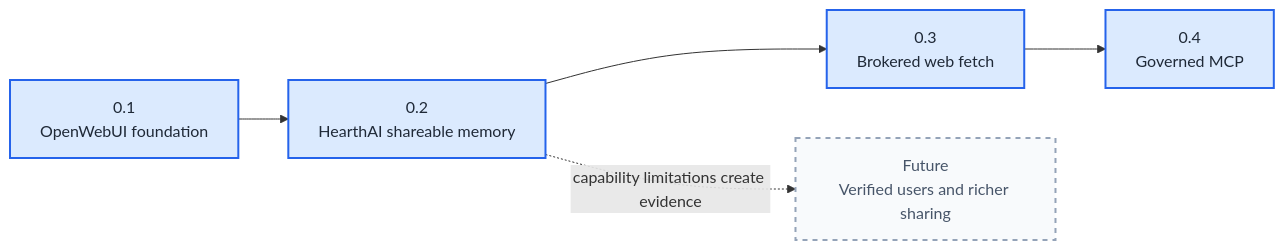
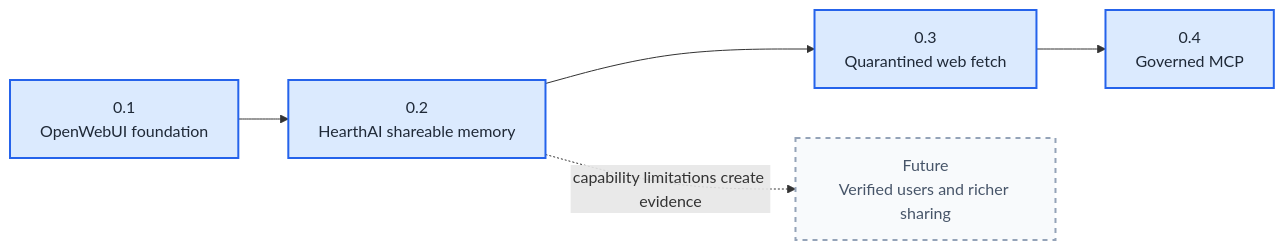
The second of 6 diagrams in docs/ARCHITECTURE.md (jokajak/hearthai), drawn with Mermaid before and after one commit. The commit also changed other lines of this file and 4 other files, not shown here.

````diff
--- a/docs/ARCHITECTURE.md
+++ b/docs/ARCHITECTURE.md
@@ -137,16 +137,16 @@
 ```mermaid
 flowchart LR
     V01["0.1<br/>OpenWebUI foundation"]
     V02["0.2<br/>HearthAI shareable memory"]
-    V03["0.3<br/>Brokered web fetch"]
+    V03["0.3<br/>Quarantined web fetch"]
     V04["0.4<br/>Governed MCP"]
     FUTURE["Future<br/>Verified users and richer sharing"]
 
     V01 --> V02 --> V03 --> V04
     V02 -. "capability limitations create evidence" .-> FUTURE
 
     classDef planned fill:#dbeafe,stroke:#2563eb,stroke-width:2px,color:#1f2937
     classDef deferred fill:#f8fafc,stroke:#94a3b8,stroke-width:2px,stroke-dasharray:5 5,color:#475569
     class V01,V02,V03,V04 planned
     class FUTURE deferred
 ```
````
